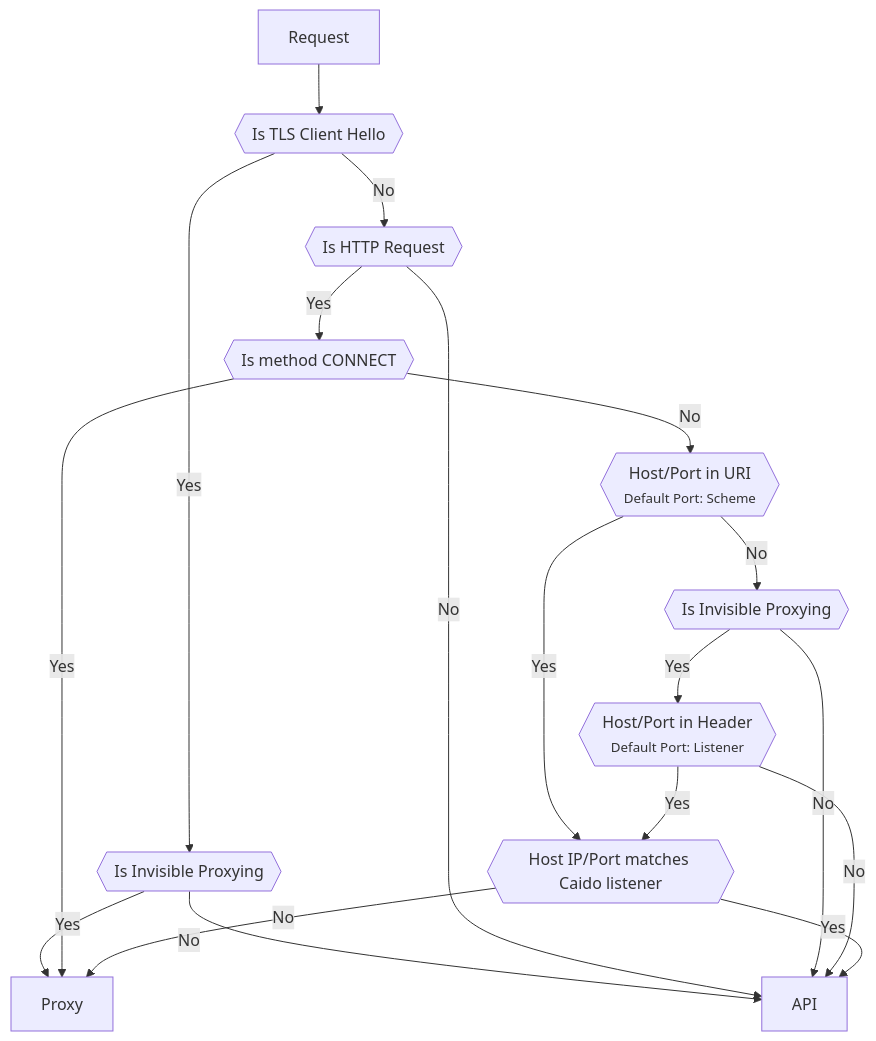
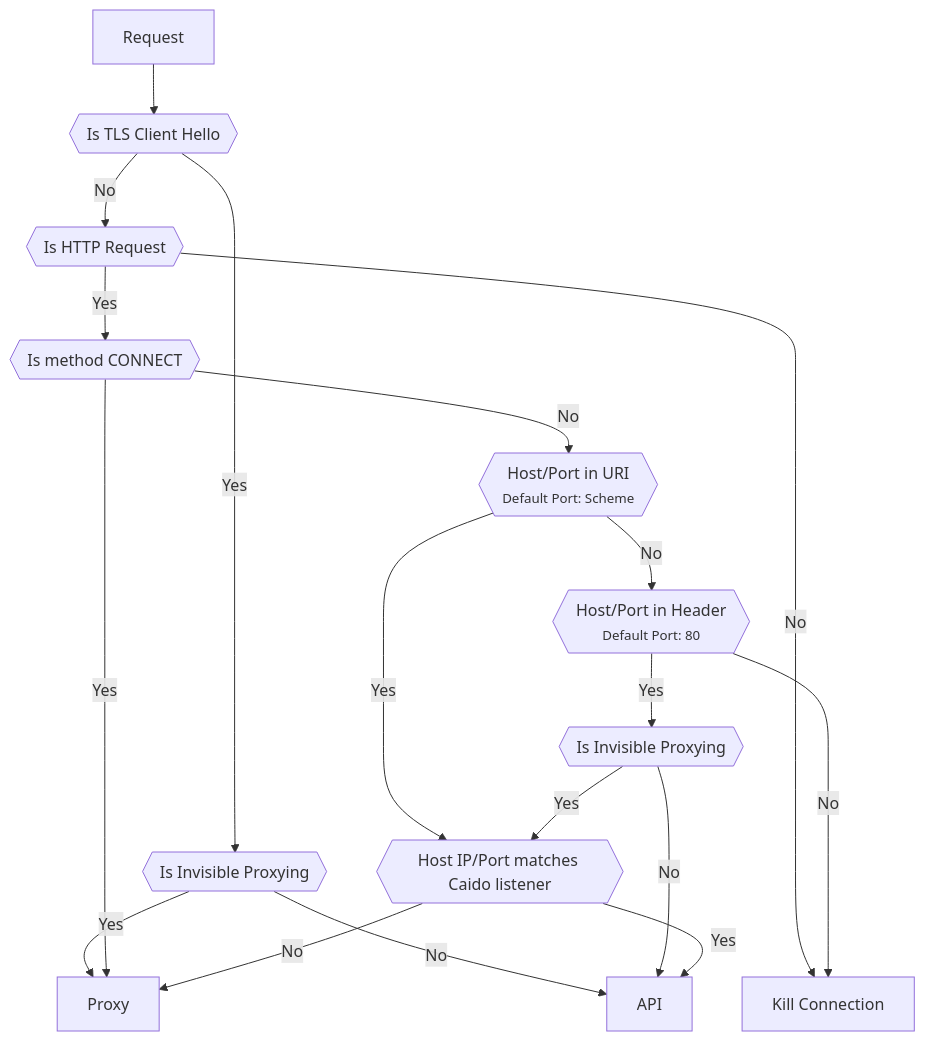
Before and after one commit to caido/documentation: the first of 2 diagrams in src/concepts/proxying/traffic_splitting.md, drawn with Mermaid. The commit also changed other lines of this file and 3 other files, not shown here.

````diff
--- a/src/concepts/proxying/traffic_splitting.md
+++ b/src/concepts/proxying/traffic_splitting.md
@@ -14,20 +18,20 @@
 ```mermaid
 flowchart TD
   Request --> TLS{{Is TLS Client Hello}}
   TLS --Yes --> InvisibleTLS{{Is Invisible Proxying}}
   TLS --No --> HTTP{{Is HTTP Request}}
   InvisibleTLS --Yes --> Proxy
   InvisibleTLS --No --> API
-  HTTP --No --> API
+  HTTP ---->|No| Kill[Kill Connection]
   HTTP --Yes --> Connect{{Is method CONNECT}}
   Connect --Yes --> Proxy
   Connect --No --> Tunnel{{Host/Port in URI<br><small>Default Port: Scheme</small>}}
   Tunnel --Yes --> DNS{{Host IP/Port matches Caido listener}}
-  Tunnel --No --> InvisibleHttp{{Is Invisible Proxying}}
+  Tunnel --No --> Direct{{Host/Port in Header<br><small>Default Port: 80</small>}}
+  Direct ---->|No| Kill
+  Direct --Yes --> InvisibleHttp{{Is Invisible Proxying}}
   InvisibleHttp --No --> API
-  InvisibleHttp --Yes --> Invisible{{Host/Port in Header<br><small>Default Port: Listener</small>}}
-  Invisible --No --> API
-  Invisible --Yes --> DNS
+  InvisibleHttp --Yes --> DNS
   DNS --Yes --> API
   DNS --No --> Proxy
 ```
````
